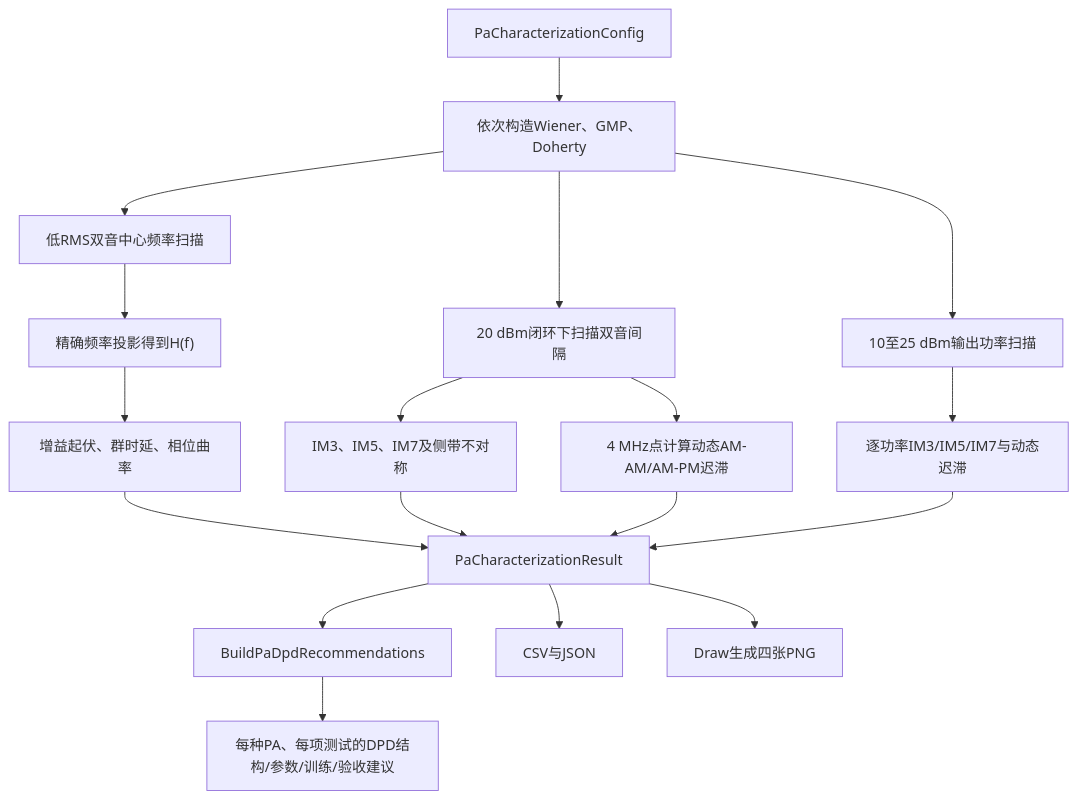
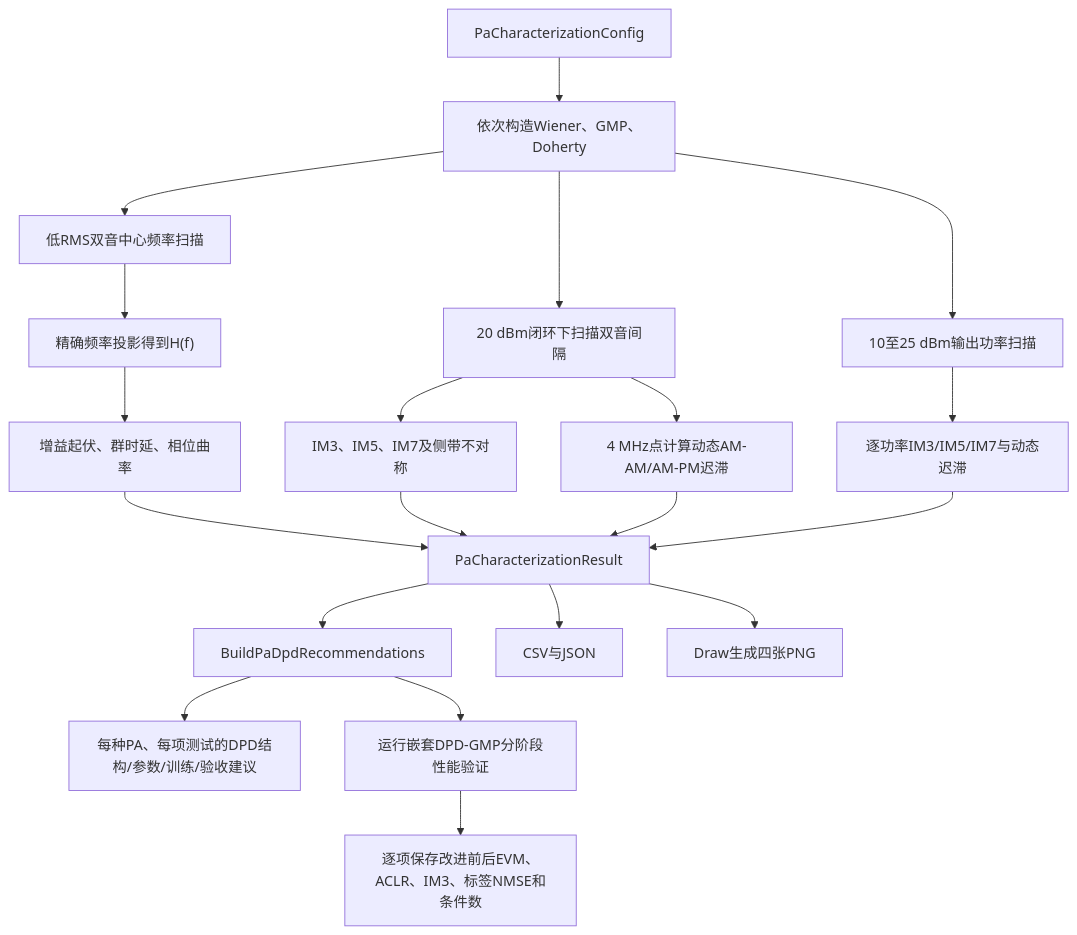
Before and after one commit to niyilu45/DPD_ILC: the first of 2 diagrams in doc/PaAnalyse.md, drawn with Mermaid. The commit also changed other lines of this file and 14 other files, not shown here.

Commit message:
Add PA-analysis-driven DPD-GMP workflow

````diff
--- a/doc/PaAnalyse.md
+++ b/doc/PaAnalyse.md
@@ -422,20 +422,22 @@
 ```mermaid
 flowchart TD
     config["PaCharacterizationConfig"] --> models["依次构造Wiener、GMP、Doherty"]
     models --> frequency["低RMS双音中心频率扫描"]
     frequency --> projection["精确频率投影得到H(f)"]
     projection --> linearSummary["增益起伏、群时延、相位曲率"]
     models --> spacing["20 dBm闭环下扫描双音间隔"]
     spacing --> im["IM3、IM5、IM7及侧带不对称"]
     spacing --> hysteresis["4 MHz点计算动态AM-AM/AM-PM迟滞"]
     models --> power["10至25 dBm输出功率扫描"]
     power --> powerMetrics["逐功率IM3/IM5/IM7与动态迟滞"]
     linearSummary --> result["PaCharacterizationResult"]
     im --> result
     hysteresis --> result
     powerMetrics --> result
     result --> recommendation["BuildPaDpdRecommendations"]
     recommendation --> design["每种PA、每项测试的DPD结构/参数/训练/验收建议"]
+    recommendation --> dpdGmp["运行嵌套DPD-GMP分阶段性能验证"]
+    dpdGmp --> dpdCompare["逐项保存改进前后EVM、ACLR、IM3、标签NMSE和条件数"]
     result --> data["CSV与JSON"]
     result --> draw["Draw生成四张PNG"]
 ```
````
